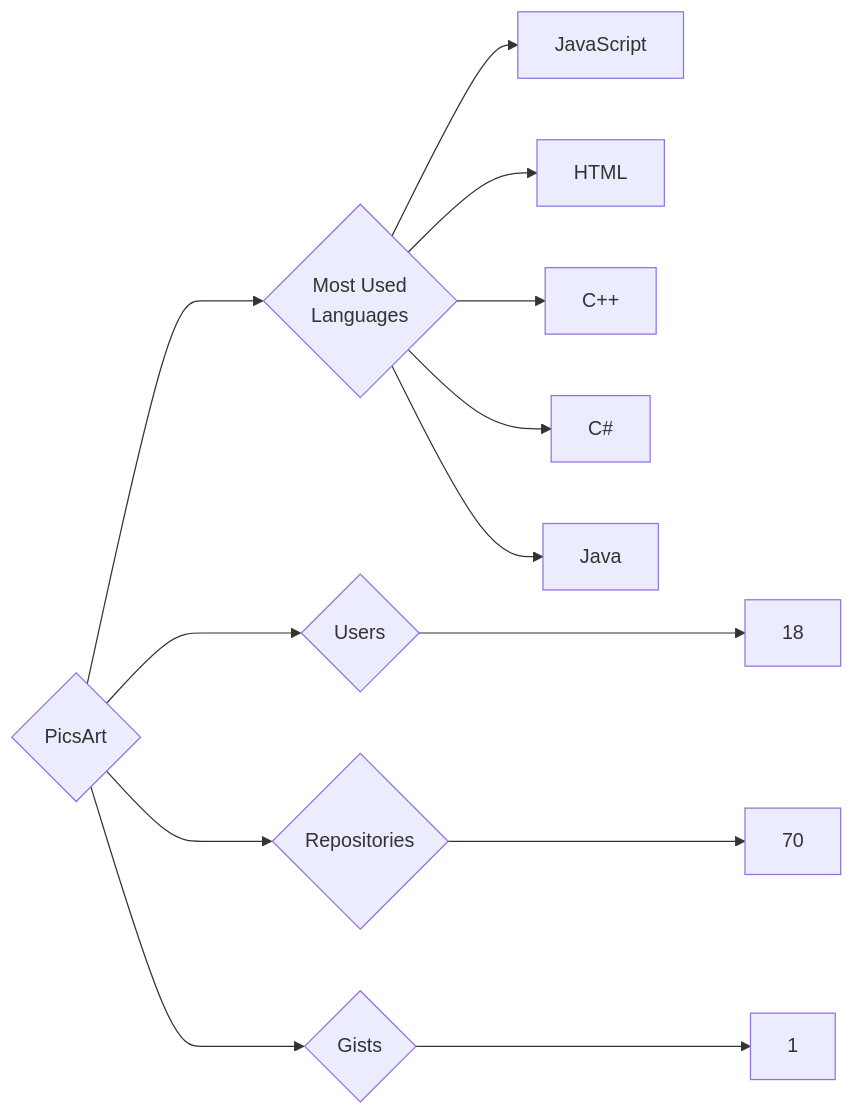
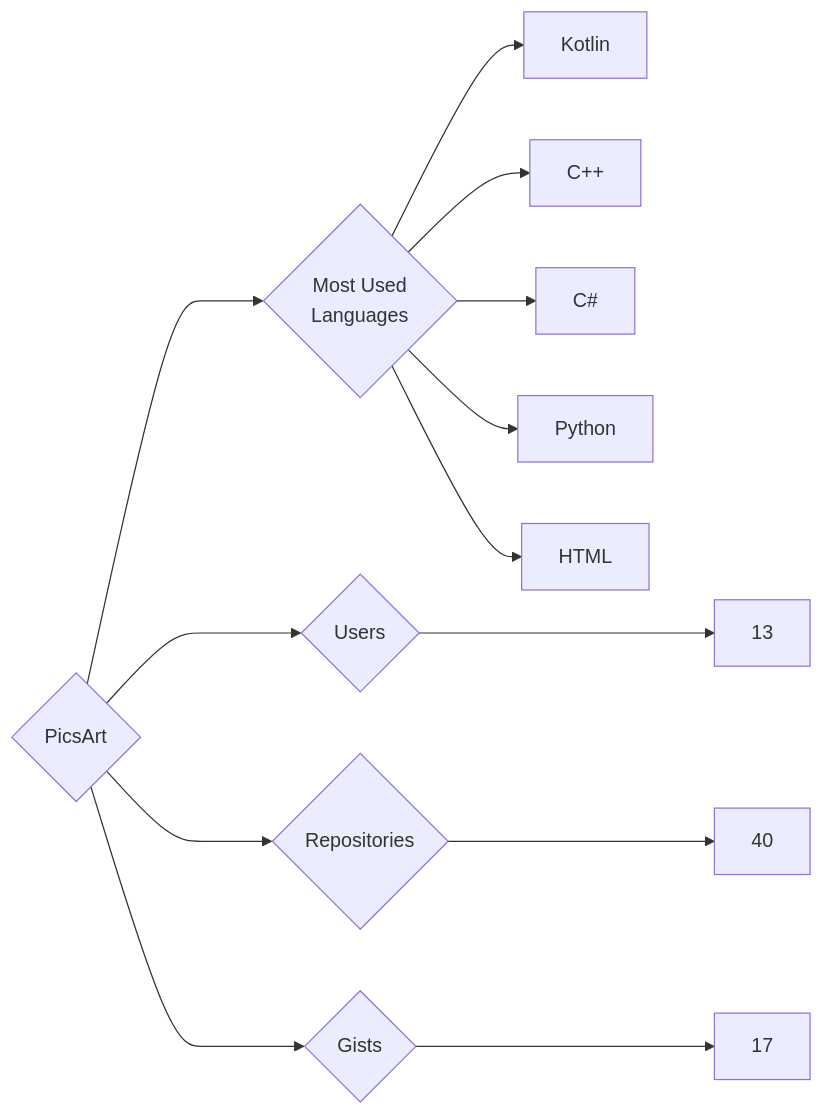
The diagram in targets/PicsArt/README.md (trickest/insiders), drawn with Mermaid before and after one commit. The commit also changed 1479 other files, not shown here.

````diff
--- a/targets/PicsArt/README.md
+++ b/targets/PicsArt/README.md
@@ -3,13 +3,13 @@
 ```mermaid
 graph LR
 COMPANY_NAME{PicsArt}
-COMPANY_NAME ---> U{Users} ---> UN[18]
-COMPANY_NAME ---> R{Repositories} ---> RN[70]
-COMPANY_NAME ---> G{Gists} ---> GN[1]
+COMPANY_NAME ---> U{Users} ---> UN[13]
+COMPANY_NAME ---> R{Repositories} ---> RN[40]
+COMPANY_NAME ---> G{Gists} ---> GN[17]
 COMPANY_NAME ---> ML{Most Used<br>Languages}
-ML --> JavaScript[JavaScript]
-ML --> HTML[HTML]
+ML --> Kotlin[Kotlin]
 ML --> C++[C++]
 ML --> C#[C#]
-ML --> Java[Java]
+ML --> Python[Python]
+ML --> HTML[HTML]
 ```
````
